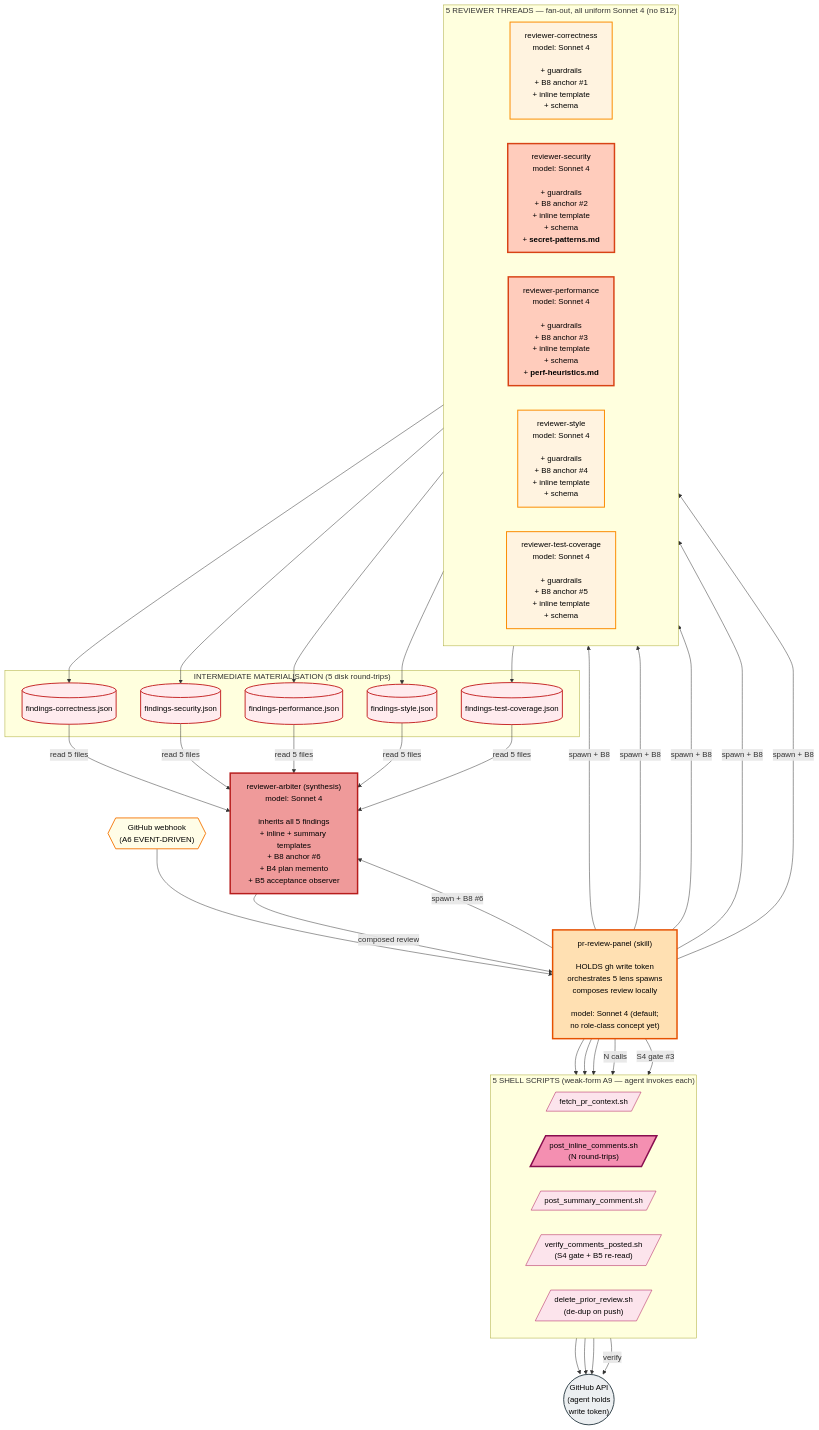
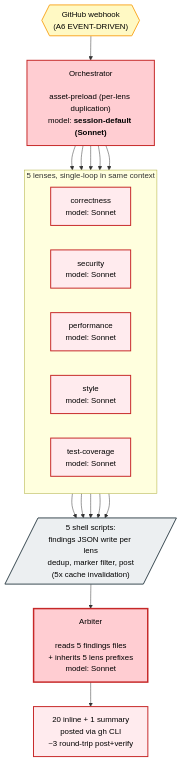
One commit to jeremiah-snee-openx/genesis changed the second of 4 diagrams in dev/empirical-proof/ab-experiment-apm-1424/REPORT.md. Above: the diagram before and after it, drawn with Mermaid. The commit also changed other lines of this file and 4 other files, not shown here.

````diff
--- a/dev/empirical-proof/ab-experiment-apm-1424/REPORT.md
+++ b/dev/empirical-proof/ab-experiment-apm-1424/REPORT.md
@@ -78,62 +95,31 @@
 ```mermaid
 flowchart TB
     TRIG{{"GitHub webhook<br/>(A6 EVENT-DRIVEN)"}}:::trig
+    ORCH["Orchestrator<br/><br/>asset-preload (per-lens duplication)<br/>model: <b>session-default (Sonnet)</b>"]:::orch
 
-    ORCH["pr-review-panel (skill)<br/><br/>HOLDS gh write token<br/>orchestrates 5 lens spawns<br/>composes review locally<br/><br/>model: Sonnet 4 (default;<br/>no role-class concept yet)"]:::orch
-
-    subgraph LENSES["5 REVIEWER THREADS — fan-out, all uniform Sonnet 4 (no B12)"]
+    subgraph LENSES["5 lenses, single-loop in same context"]
         direction LR
-        L1["reviewer-correctness<br/>model: Sonnet 4<br/><br/>+ guardrails<br/>+ B8 anchor #1<br/>+ inline template<br/>+ schema"]:::lens
-        L2["reviewer-security<br/>model: Sonnet 4<br/><br/>+ guardrails<br/>+ B8 anchor #2<br/>+ inline template<br/>+ schema<br/>+ <b>secret-patterns.md</b>"]:::lensHeavy
-        L3["reviewer-performance<br/>model: Sonnet 4<br/><br/>+ guardrails<br/>+ B8 anchor #3<br/>+ inline template<br/>+ schema<br/>+ <b>perf-heuristics.md</b>"]:::lensHeavy
-        L4["reviewer-style<br/>model: Sonnet 4<br/><br/>+ guardrails<br/>+ B8 anchor #4<br/>+ inline template<br/>+ schema"]:::lens
-        L5["reviewer-test-coverage<br/>model: Sonnet 4<br/><br/>+ guardrails<br/>+ B8 anchor #5<br/>+ inline template<br/>+ schema"]:::lens
+        L1["correctness<br/>model: Sonnet"]:::lens
+        L2["security<br/>model: Sonnet"]:::lens
+        L3["performance<br/>model: Sonnet"]:::lens
+        L4["style<br/>model: Sonnet"]:::lens
+        L5["test-coverage<br/>model: Sonnet"]:::lens
     end
 
-    subgraph MAT["INTERMEDIATE MATERIALISATION (5 disk round-trips)"]
-        F1[("findings-correctness.json")]:::file
-        F2[("findings-security.json")]:::file
-        F3[("findings-performance.json")]:::file
-        F4[("findings-style.json")]:::file
-        F5[("findings-test-coverage.json")]:::file
-    end
-
-    ARB["reviewer-arbiter (synthesis)<br/>model: Sonnet 4<br/><br/>inherits all 5 findings<br/>+ inline + summary templates<br/>+ B8 anchor #6<br/>+ B4 plan memento<br/>+ B5 acceptance observer"]:::arb
-
-    subgraph SCRIPTS["5 SHELL SCRIPTS (weak-form A9 — agent invokes each)"]
-        direction LR
-        S1[/"fetch_pr_context.sh"/]:::script
-        S2[/"post_inline_comments.sh<br/>(N round-trips)"/]:::scriptHot
-        S3[/"post_summary_comment.sh"/]:::script
-        S4[/"verify_comments_posted.sh<br/>(S4 gate + B5 re-read)"/]:::script
-        S5[/"delete_prior_review.sh<br/>(de-dup on push)"/]:::script
-    end
-
-    GH(("GitHub API<br/>(agent holds<br/>write token)")):::ext
+    SCRIPTS[/"5 shell scripts:<br/>findings JSON write per lens<br/>dedup, marker filter, post<br/>(5x cache invalidation)"/]:::scripts
+    ARB["Arbiter<br/><br/>reads 5 findings files<br/>+ inherits 5 lens prefixes<br/>model: Sonnet"]:::arb
+    OUT["20 inline + 1 summary<br/>posted via gh CLI<br/>~3 round-trip post+verify"]:::out
 
     TRIG --> ORCH
-    ORCH -- "spawn + B8" --> L1 & L2 & L3 & L4 & L5
-    L1 --> F1
-    L2 --> F2
-    L3 --> F3
-    L4 --> F4
-    L5 --> F5
-    F1 & F2 & F3 & F4 & F5 -- "read 5 files" --> ARB
-    ORCH -- "spawn + B8 #6" --> ARB
-    ARB -- "composed review" --> ORCH
-    ORCH --> S1 & S3 & S5
-    ORCH -- "N calls" --> S2
-    ORCH -- "S4 gate #3" --> S4
-    S2 & S3 & S5 --> GH
-    S4 -- "verify" --> GH
+    ORCH --> L1 & L2 & L3 & L4 & L5
+    L1 & L2 & L3 & L4 & L5 --> SCRIPTS
+    SCRIPTS --> ARB
+    ARB --> OUT
 
-    classDef trig fill:#fffde7,stroke:#f57f17,stroke-width:2px,color:#000
-    classDef orch fill:#ffe0b2,stroke:#e65100,stroke-width:3px,color:#000
-    classDef lens fill:#fff3e0,stroke:#fb8c00,stroke-width:2px,color:#000
-    classDef lensHeavy fill:#ffccbc,stroke:#d84315,stroke-width:3px,color:#000
-    classDef file fill:#ffebee,stroke:#c62828,stroke-width:2px,color:#000
-    classDef arb fill:#ef9a9a,stroke:#b71c1c,stroke-width:3px,color:#000
-    classDef script fill:#fce4ec,stroke:#ad1457,stroke-width:1px,color:#000
-    classDef scriptHot fill:#f48fb1,stroke:#880e4f,stroke-width:3px,color:#000
-    classDef ext fill:#eceff1,stroke:#37474f,stroke-width:2px,color:#000
+    classDef trig fill:#fff9c4,stroke:#f9a825,stroke-width:2px,color:#000
+    classDef orch fill:#ffcdd2,stroke:#c62828,stroke-width:2px,color:#000
+    classDef lens fill:#ffebee,stroke:#c62828,stroke-width:2px,color:#000
+    classDef scripts fill:#eceff1,stroke:#37474f,stroke-width:2px,color:#000
+    classDef arb fill:#ffcdd2,stroke:#c62828,stroke-width:3px,color:#000
+    classDef out fill:#ffebee,stroke:#c62828,stroke-width:2px,color:#000
 ```
````
